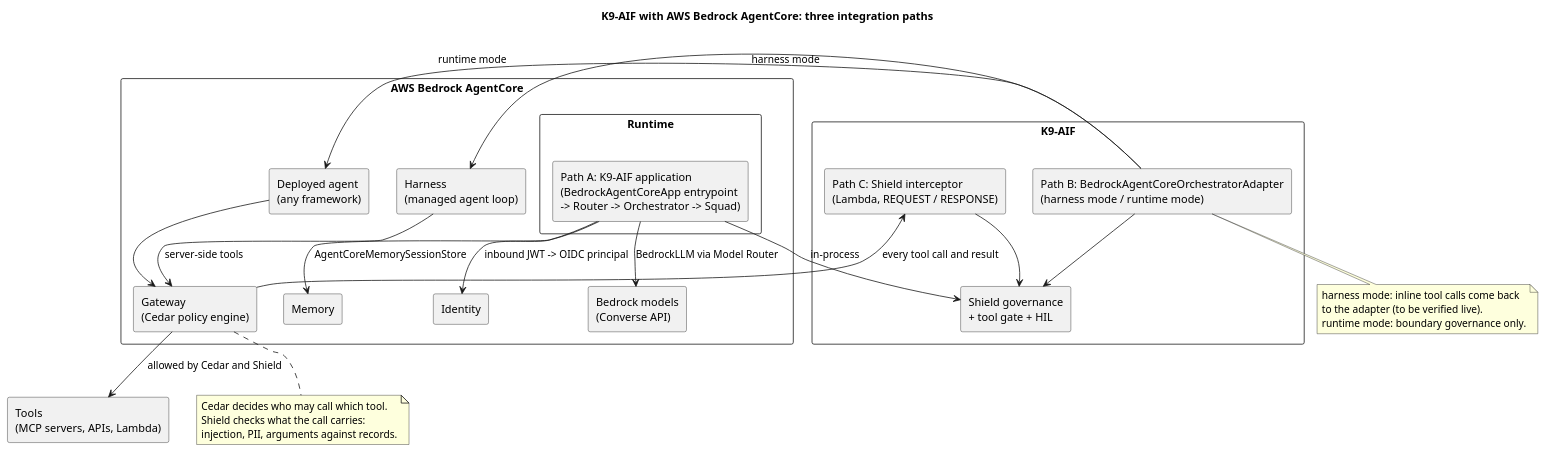
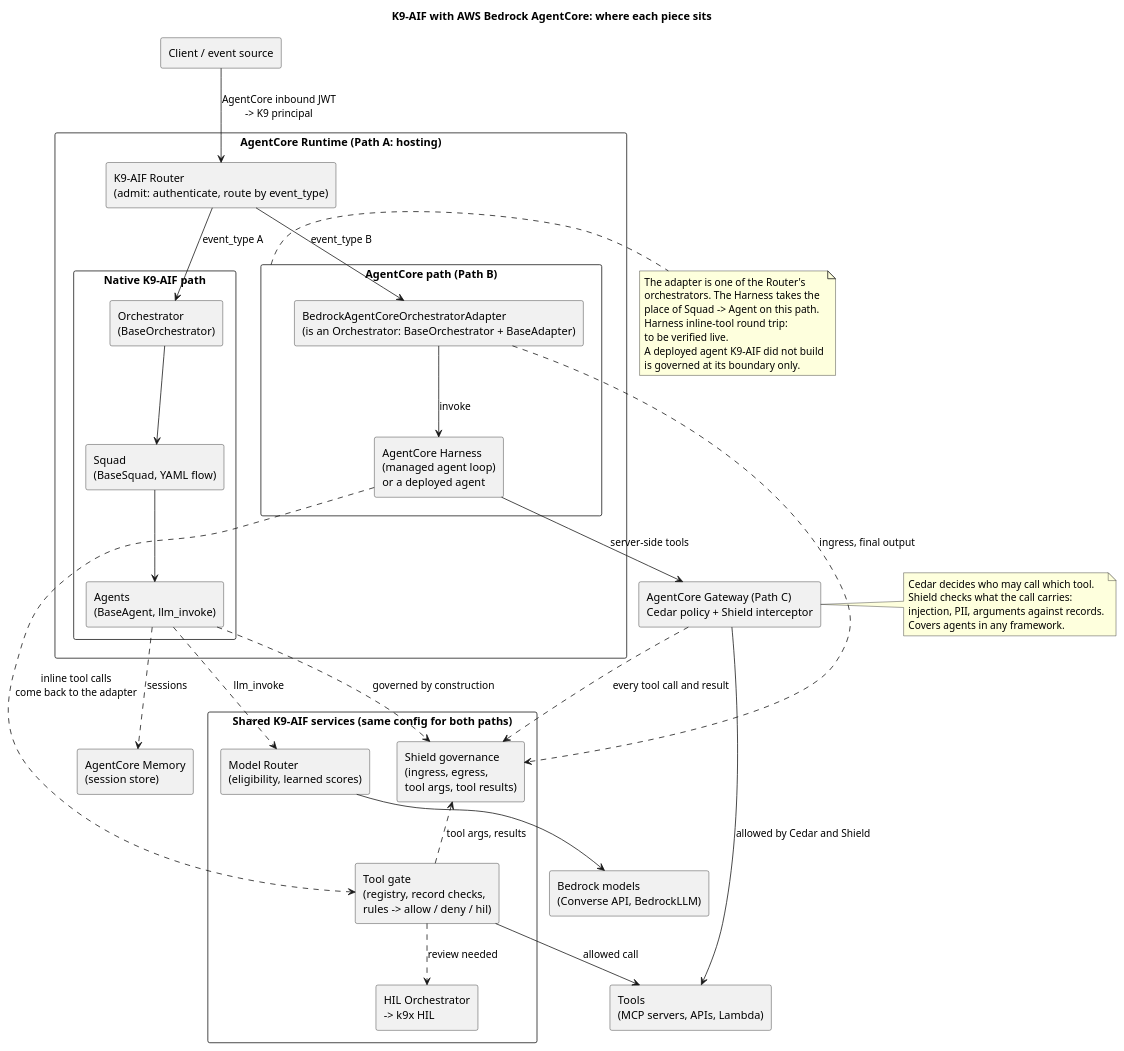
One commit to k9aif/examples changed the diagram in k9x_openai_bedrock/diagrams/bedrock_block.puml. Above: the diagram before and after it, drawn with PlantUML. The commit also changed 1 other file, not shown here.

Commit message:
k9x_openai_bedrock: redraw Bedrock block diagram in the Router-first style

```diff
--- a/k9x_openai_bedrock/diagrams/bedrock_block.puml
+++ b/k9x_openai_bedrock/diagrams/bedrock_block.puml
@@ -1,50 +1,75 @@
 @startuml bedrock_block
-title K9-AIF with AWS Bedrock AgentCore: three integration paths
+title K9-AIF with AWS Bedrock AgentCore: where each piece sits
+top to bottom direction
 
-rectangle "AWS Bedrock AgentCore" {
-  rectangle "Runtime" as RT {
-    rectangle "Path A: K9-AIF application\n(BedrockAgentCoreApp entrypoint\n-> Router -> Orchestrator -> Squad)" as K9App
+rectangle "Client / event source" as Client
+
+rectangle "AgentCore Runtime (Path A: hosting)" as RT {
+  rectangle "K9-AIF Router\n(admit: authenticate, route by event_type)" as Router
+
+  rectangle "Native K9-AIF path" as Native {
+    rectangle "Orchestrator\n(BaseOrchestrator)" as Orch
+    rectangle "Squad\n(BaseSquad, YAML flow)" as Squad
+    rectangle "Agents\n(BaseAgent, llm_invoke)" as Agents
   }
-  rectangle "Harness\n(managed agent loop)" as Harness
-  rectangle "Deployed agent\n(any framework)" as Other
-  rectangle "Gateway\n(Cedar policy engine)" as GW
-  rectangle "Memory" as Mem
-  rectangle "Identity" as Id
-  rectangle "Bedrock models\n(Converse API)" as Bedrock
+
+  rectangle "AgentCore path (Path B)" as PB {
+    rectangle "BedrockAgentCoreOrchestratorAdapter\n(is an Orchestrator: BaseOrchestrator + BaseAdapter)" as Adapter
+    rectangle "AgentCore Harness\n(managed agent loop)\nor a deployed agent" as Harness
+  }
 }
 
-rectangle "K9-AIF" {
-  rectangle "Path B: BedrockAgentCoreOrchestratorAdapter\n(harness mode / runtime mode)" as Adapter
-  rectangle "Shield governance\n+ tool gate + HIL" as Shield
-  rectangle "Path C: Shield interceptor\n(Lambda, REQUEST / RESPONSE)" as Interceptor
+rectangle "Shared K9-AIF services (same config for both paths)" as Shared {
+  rectangle "Shield governance\n(ingress, egress,\ntool args, tool results)" as Shield
+  rectangle "Tool gate\n(registry, record checks,\nrules -> allow / deny / hil)" as Gate
+  rectangle "HIL Orchestrator\n-> k9x HIL" as HIL
+  rectangle "Model Router\n(eligibility, learned scores)" as MR
 }
 
+rectangle "AgentCore Gateway (Path C)\nCedar policy + Shield interceptor" as GW
+
+rectangle "AgentCore Memory\n(session store)" as Mem
+rectangle "Bedrock models\n(Converse API, BedrockLLM)" as Models
 rectangle "Tools\n(MCP servers, APIs, Lambda)" as Tools
 
-K9App --> Mem : AgentCoreMemorySessionStore
-K9App --> Bedrock : BedrockLLM via Model Router
-K9App --> Id : inbound JWT -> OIDC principal
-K9App --> Shield : in-process
+Client --> Router : AgentCore inbound JWT\n-> K9 principal
+Router --> Orch : event_type A
+Router --> Adapter : event_type B
+Orch -[hidden]right-> Adapter
+Shield -[hidden]right-> Gate
 
-Adapter --> Harness : harness mode
-Adapter --> Other : runtime mode
-Adapter --> Shield
+Orch --> Squad
+Squad --> Agents
 
+Adapter --> Harness : invoke
+
+Harness ..> Gate : inline tool calls\ncome back to the adapter
 Harness --> GW : server-side tools
-Other --> GW
-GW --> Interceptor : every tool call and result
-Interceptor --> Shield
+Adapter ..> Shield : ingress, final output
+Agents ..> Shield : governed by construction
+Agents ..> MR : llm_invoke
+Agents ..> Mem : sessions
+Gate ..> HIL : review needed
+Gate ..> Shield : tool args, results
+MR --> Models
+Gate --> Tools : allowed call
+GW ..> Shield : every tool call and result
 GW --> Tools : allowed by Cedar and Shield
 
-note bottom of Adapter
-  harness mode: inline tool calls come back
-  to the adapter (to be verified live).
-  runtime mode: boundary governance only.
+note right of PB
+  The adapter is one of the Router's
+  orchestrators. The Harness takes the
+  place of Squad -> Agent on this path.
+  Harness inline-tool round trip:
+  to be verified live.
+  A deployed agent K9-AIF did not build
+  is governed at its boundary only.
 end note
 
-note bottom of GW
+note right of GW
   Cedar decides who may call which tool.
   Shield checks what the call carries:
   injection, PII, arguments against records.
+  Covers agents in any framework.
 end note
 @enduml
```
